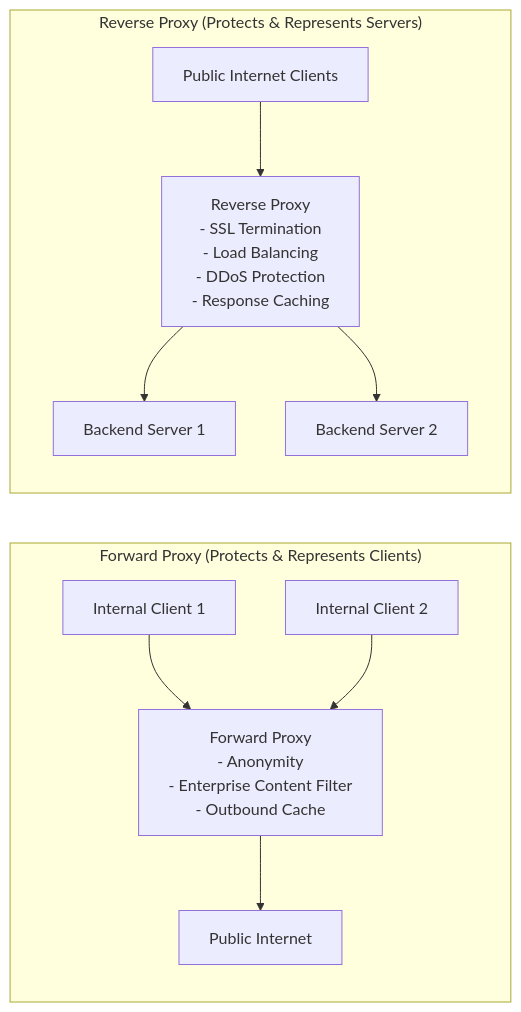
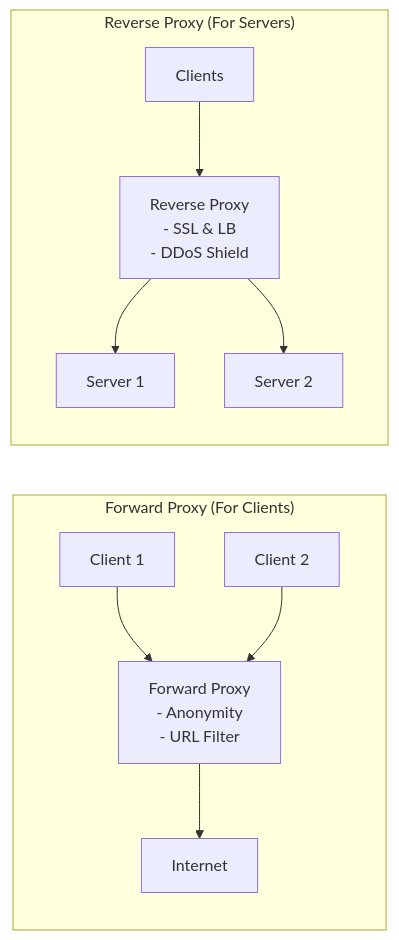
One commit to Sourav108/strivers-lld changed the third of 4 diagrams in strivers-hld/04-Load-Balancing-and-Proxies/README.md. Above: the diagram before and after it, drawn with Mermaid. The commit also changed other lines of this file and 39 other files, not shown here.

Commit message:
fix(mermaid): wrap node labels, simplify diamonds, and reformat wide diagrams for perfect GitHub rendering

````diff
--- a/strivers-hld/04-Load-Balancing-and-Proxies/README.md
+++ b/strivers-hld/04-Load-Balancing-and-Proxies/README.md
@@ -52,13 +52,13 @@
 ```mermaid
 flowchart LR
-    subgraph Forward["Forward Proxy (Protects & Represents Clients)"]
-        C1["Internal Client 1"] & C2["Internal Client 2"] --> FP["Forward Proxy<br/>- Anonymity<br/>- Enterprise Content Filter<br/>- Outbound Cache"]
-        FP --> Internet1["Public Internet"]
+    subgraph Forward["Forward Proxy (For Clients)"]
+        C1["Client 1"] & C2["Client 2"] --> FP["Forward Proxy<br/>- Anonymity<br/>- URL Filter"]
+        FP --> Internet1["Internet"]
     end
 
-    subgraph Reverse["Reverse Proxy (Protects & Represents Servers)"]
-        Internet2["Public Internet Clients"] --> RP["Reverse Proxy<br/>- SSL Termination<br/>- Load Balancing<br/>- DDoS Protection<br/>- Response Caching"]
-        RP --> S1["Backend Server 1"]
-        RP --> S2["Backend Server 2"]
+    subgraph Reverse["Reverse Proxy (For Servers)"]
+        Internet2["Clients"] --> RP["Reverse Proxy<br/>- SSL & LB<br/>- DDoS Shield"]
+        RP --> S1["Server 1"]
+        RP --> S2["Server 2"]
     end
 ```
````
